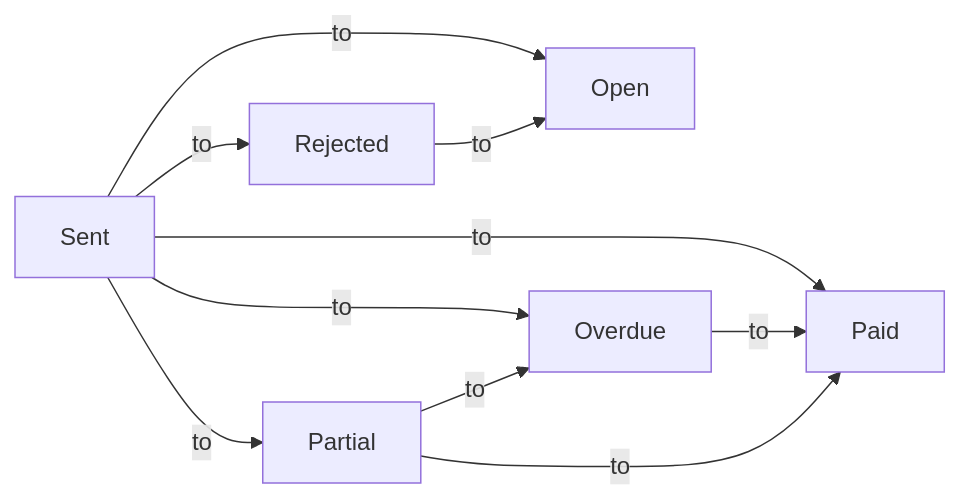
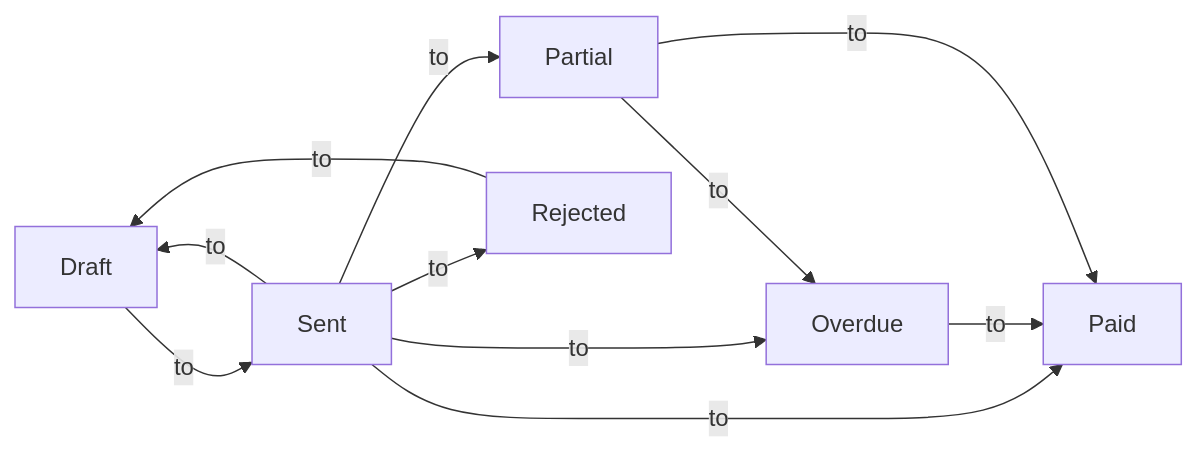
One commit to fiskl-accounting/help-docs changed the diagram in docs/using-fiskl/invoicing/invoice-create.md. Above: the diagram before and after it, drawn with Mermaid. The commit also changed other lines of this file and 8 other files, not shown here.

````diff
--- a/docs/using-fiskl/invoicing/invoice-create.md
+++ b/docs/using-fiskl/invoicing/invoice-create.md
@@ -125,12 +125,13 @@
 ```mermaid
 graph LR
-    Sent -->| to | Open
+    Draft -->| to | Sent
+    Sent -->| to | Draft
     Sent -->| to | Overdue
     Sent -->| to | Paid
     Sent -->| to | Partial
     Sent -->| to | Rejected
     Overdue -->| to | Paid
-    Rejected -->| to | Open
+    Rejected -->| to | Draft
     Partial -->| to | Paid
     Partial -->| to | Overdue
 ```
````
